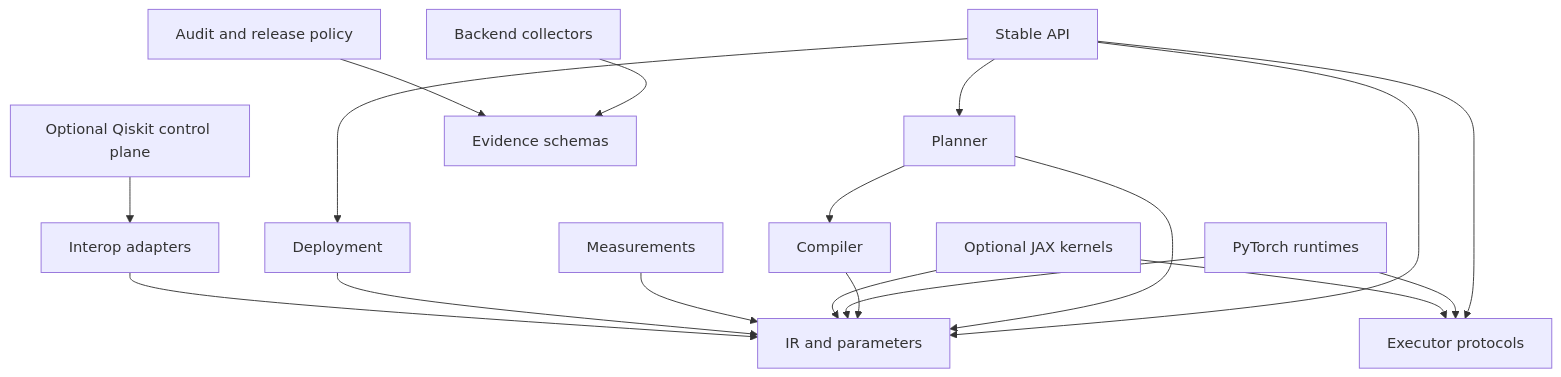
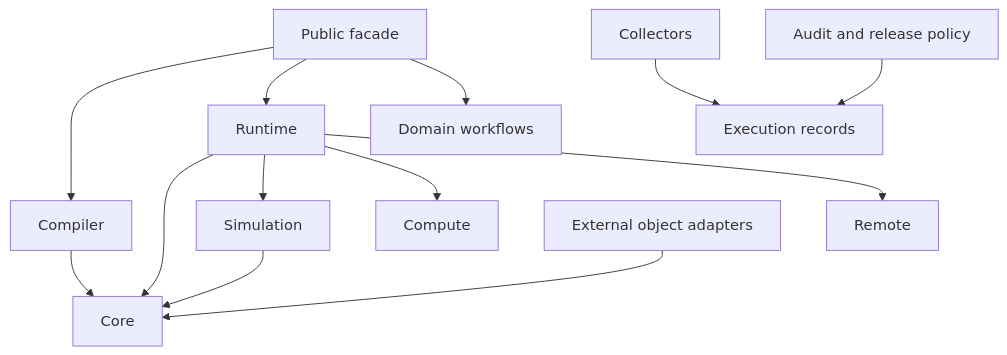
Before and after one commit to flagos-ai/FlagQuantum: the diagram in docs/architecture/ARCHITECTURE_DEPENDENCIES.md, drawn with Mermaid. The commit also changed other lines of this file and 5 other files, not shown here.

Commit message:
docs: align architecture maps with current implementation

````diff
--- a/docs/architecture/ARCHITECTURE_DEPENDENCIES.md
+++ b/docs/architecture/ARCHITECTURE_DEPENDENCIES.md
@@ -5,20 +6,15 @@
 ```mermaid
 flowchart TD
-    API[Stable API] --> IR[IR and parameters]
-    API --> Planner[Planner]
-    API --> Exec[Executor protocols]
-    API --> Deploy[Deployment]
-    Planner --> Compiler[Compiler]
-    Planner --> IR
-    Compiler --> IR
-    Torch[PyTorch runtimes] --> Exec
-    Torch --> IR
-    JAX[Optional JAX kernels] --> Exec
-    JAX --> IR
-    Measure[Measurements] --> IR
-    Deploy --> IR
-    Qiskit[Optional Qiskit control plane] --> Interop[Interop adapters]
-    Interop --> IR
-    Collector[Backend collectors] --> Evidence[Evidence schemas]
-    Audit[Audit and release policy] --> Evidence
+    API[Public facade] --> Compiler
+    API --> Runtime
+    API --> Workflows[Domain workflows]
+    Compiler --> Core
+    Runtime --> Core
+    Runtime --> Simulation
+    Runtime --> Compute
+    Runtime --> Remote
+    Simulation --> Core
+    Ecosystem[External object adapters] --> Core
+    Collectors --> Records[Execution records]
+    Audit[Audit and release policy] --> Records
 ```
````
